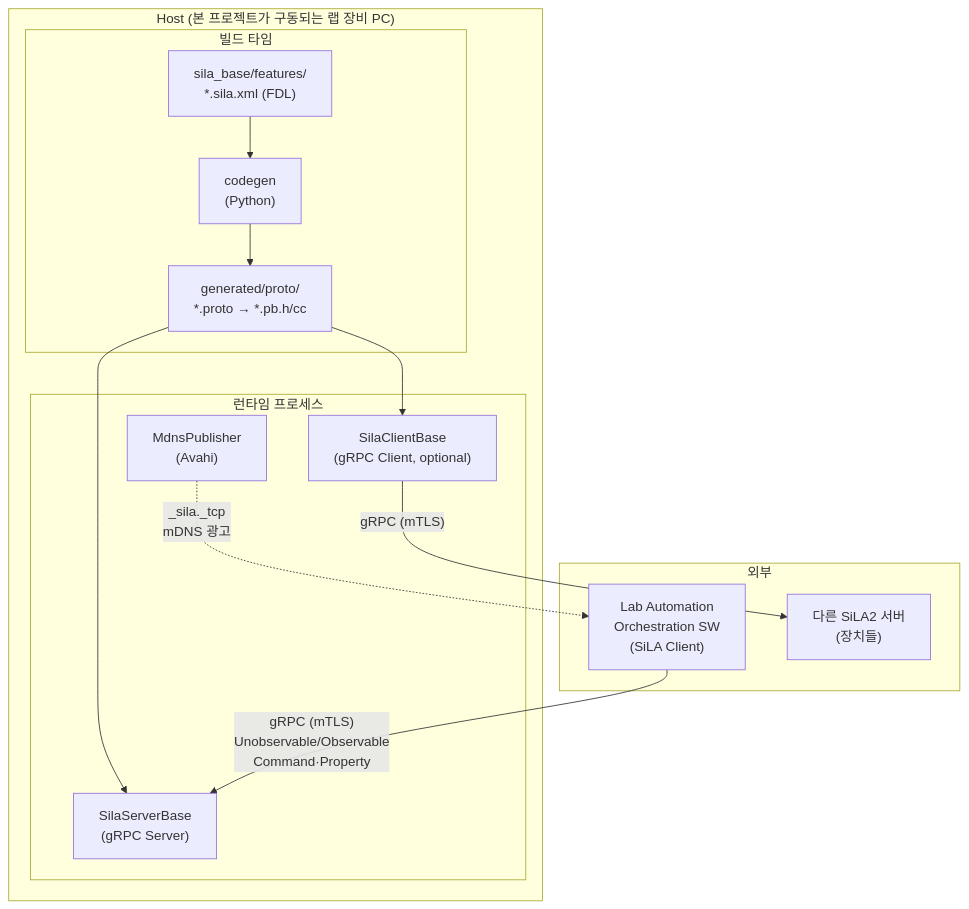
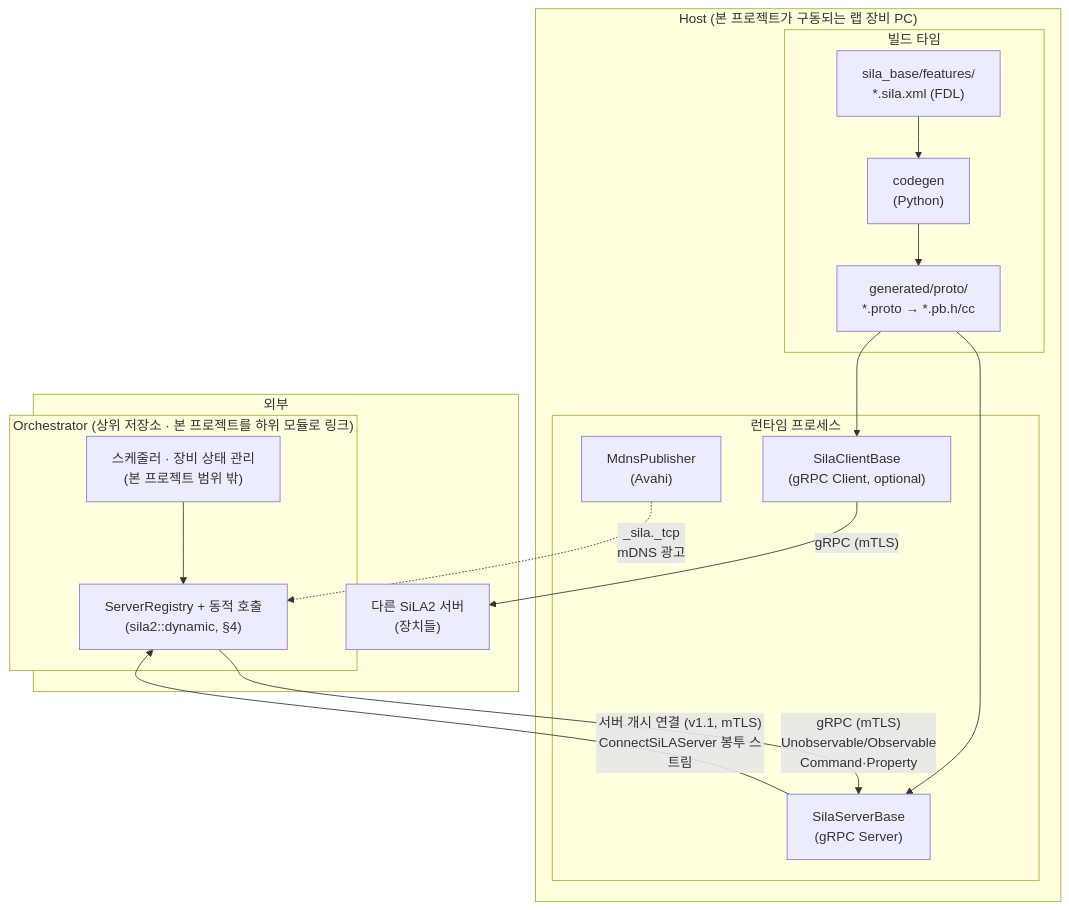
Before and after one commit to Yeounui/sila_cpp_r: the first of 13 diagrams in reference/architecture.md, drawn with Mermaid. The commit also changed other lines of this file and 1 other file, not shown here.

````diff
--- a/reference/architecture.md
+++ b/reference/architecture.md
@@ -8,28 +8,33 @@
 ```mermaid
 flowchart TB
     subgraph ext["외부"]
-        LabSW["Lab Automation<br/>Orchestration SW<br/>(SiLA Client)"]
+        subgraph orch["Orchestrator (상위 저장소 · 본 프로젝트를 하위 모듈로 링크)"]
+            OrchLogic["스케줄러 · 장비 상태 관리<br/>(본 프로젝트 범위 밖)"]
+            OrchCli["ServerRegistry + 동적 호출<br/>(sila2::dynamic, §4)"]
+            OrchLogic --> OrchCli
+        end
         OtherSrv["다른 SiLA2 서버<br/>(장치들)"]
     end
 
     subgraph host["Host (본 프로젝트가 구동되는 랩 장비 PC)"]
         subgraph buildtime["빌드 타임"]
             FDL["sila_base/features/<br/>*.sila.xml (FDL)"]
             Codegen["codegen<br/>(Python)"]
             Proto["generated/proto/<br/>*.proto → *.pb.h/cc"]
         end
 
         subgraph runtime["런타임 프로세스"]
             SilaServer["SilaServerBase<br/>(gRPC Server)"]
             SilaClient["SilaClientBase<br/>(gRPC Client, optional)"]
             Mdns["MdnsPublisher<br/>(Avahi)"]
         end
     end
 
     FDL --> Codegen --> Proto --> SilaServer
     Proto --> SilaClient
 
-    Mdns -. "_sila._tcp<br/> mDNS 광고" .-> LabSW
-    LabSW -- "gRPC (mTLS)<br/>Unobservable/Observable<br/>Command·Property" --> SilaServer
+    Mdns -. "_sila._tcp<br/> mDNS 광고" .-> OrchCli
+    OrchCli -- "gRPC (mTLS)<br/>Unobservable/Observable<br/>Command·Property" --> SilaServer
+    SilaServer -- "서버 개시 연결 (v1.1, mTLS)<br/>ConnectSiLAServer 봉투 스트림" --> OrchCli
     SilaClient -- "gRPC (mTLS)" --> OtherSrv
 ```
````
